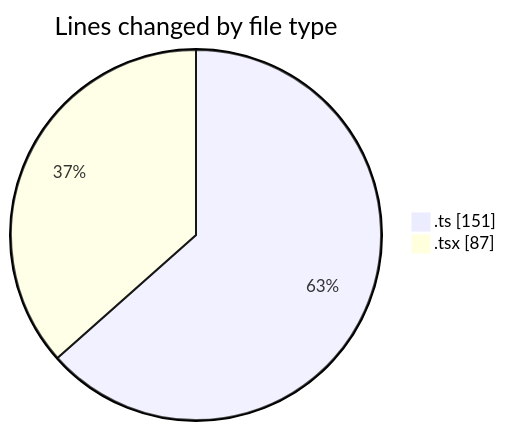
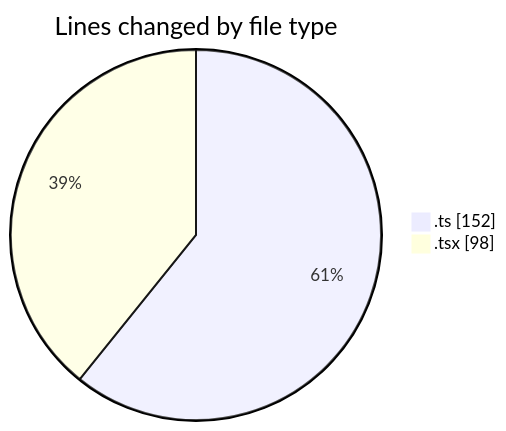
Before and after one commit to julien-gomy/code-tracking: the first of 2 diagrams in 2025-10-22/eventscop-frontend-guide__workspace_/README.md, drawn with Mermaid. The commit also changed other lines of this file and 1 other file, not shown here.

````diff
--- a/2025-10-22/eventscop-frontend-guide__workspace_/README.md
+++ b/2025-10-22/eventscop-frontend-guide__workspace_/README.md
@@ -26,6 +26,6 @@
 ```mermaid
 pie showData
 title Lines changed by file type
-".ts" : 151
-".tsx" : 87
+".ts" : 152
+".tsx" : 98
 ```
````
